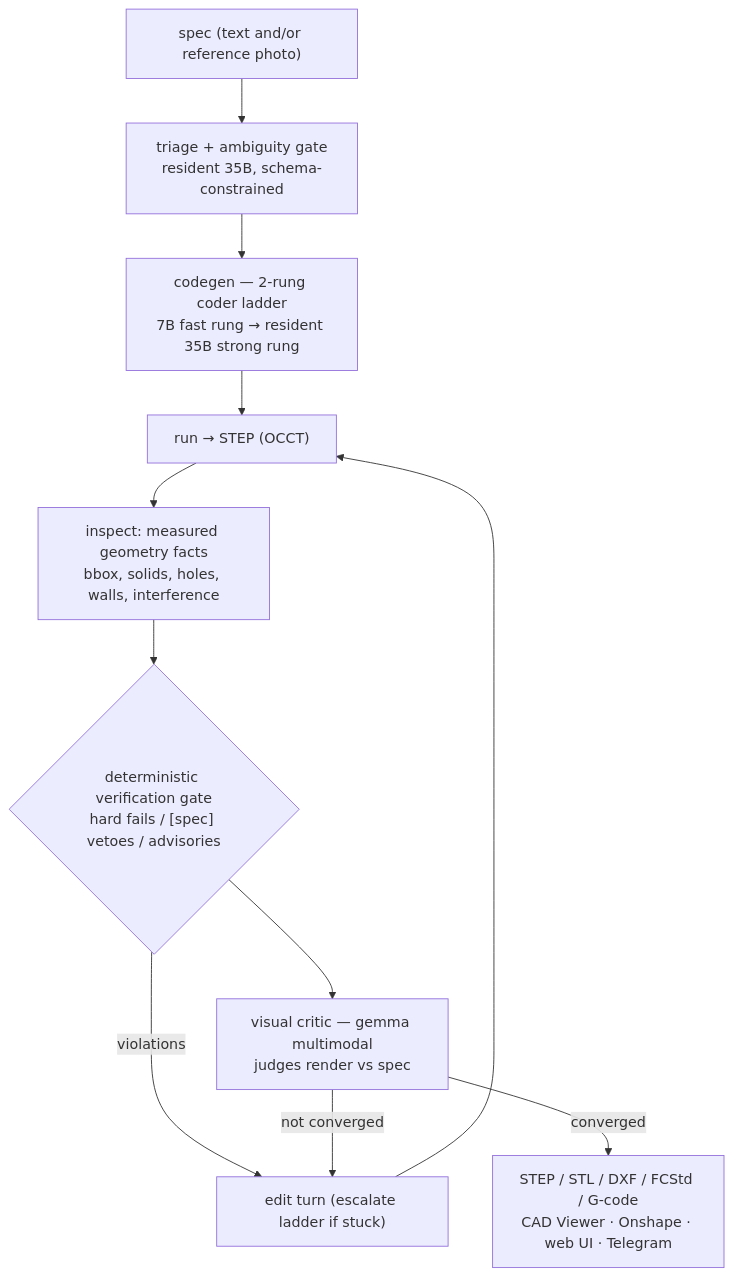
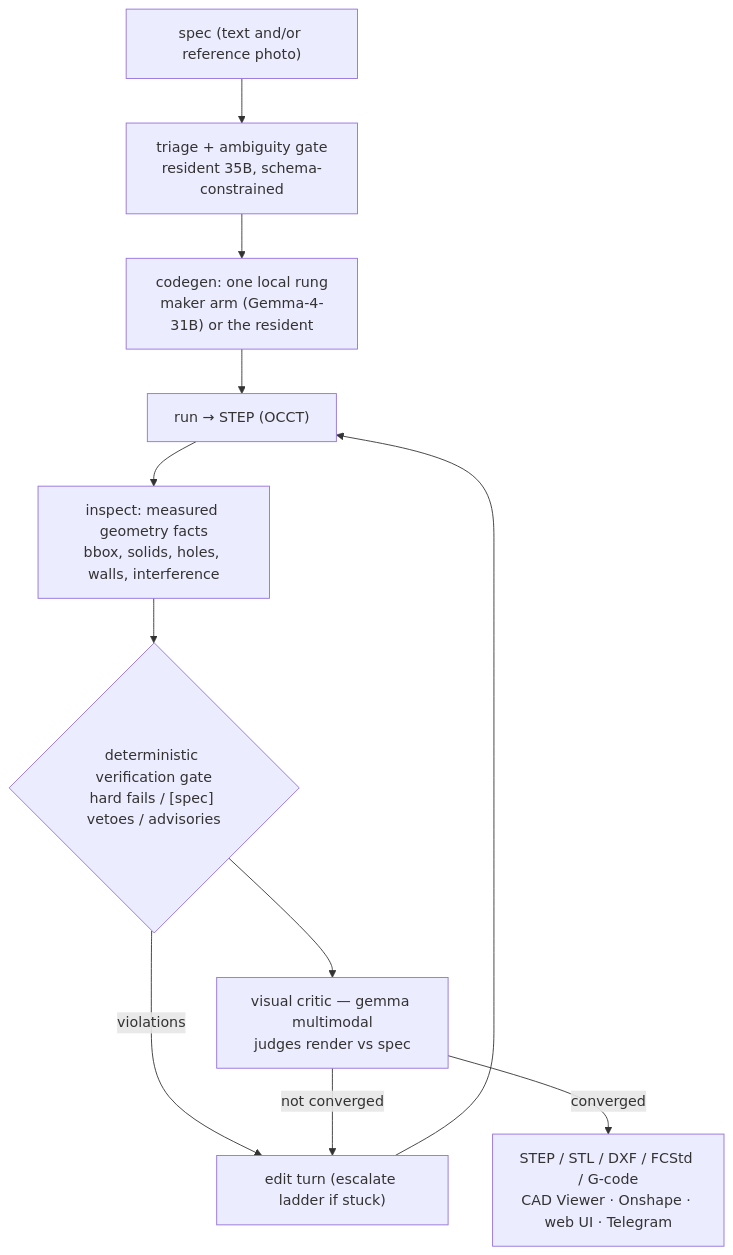
One commit to Anthonyhangprinter/maker-agent changed the diagram in README.md. Above: the diagram before and after it, drawn with Mermaid. The commit also changed other lines of this file and 2 other files, not shown here.

````diff
--- a/README.md
+++ b/README.md
@@ -35,13 +35,13 @@
 ```mermaid
 flowchart TD
     S["spec (text and/or reference photo)"] --> T["triage + ambiguity gate<br/>resident 35B, schema-constrained"]
-    T --> C["codegen — 2-rung coder ladder<br/>7B fast rung → resident 35B strong rung"]
+    T --> C["codegen: one local rung<br/>maker arm (Gemma-4-31B) or the resident"]
     C --> R["run → STEP (OCCT)"]
     R --> I["inspect: measured geometry facts<br/>bbox, solids, holes, walls, interference"]
     I --> G{"deterministic verification gate<br/>hard fails / [spec] vetoes / advisories"}
     G -->|violations| E["edit turn (escalate ladder if stuck)"]
     E --> R
     G --> V["visual critic — gemma multimodal<br/>judges render vs spec"]
     V -->|not converged| E
     V -->|converged| O["STEP / STL / DXF / FCStd / G-code<br/>CAD Viewer · Onshape · web UI · Telegram"]
 ```
````
